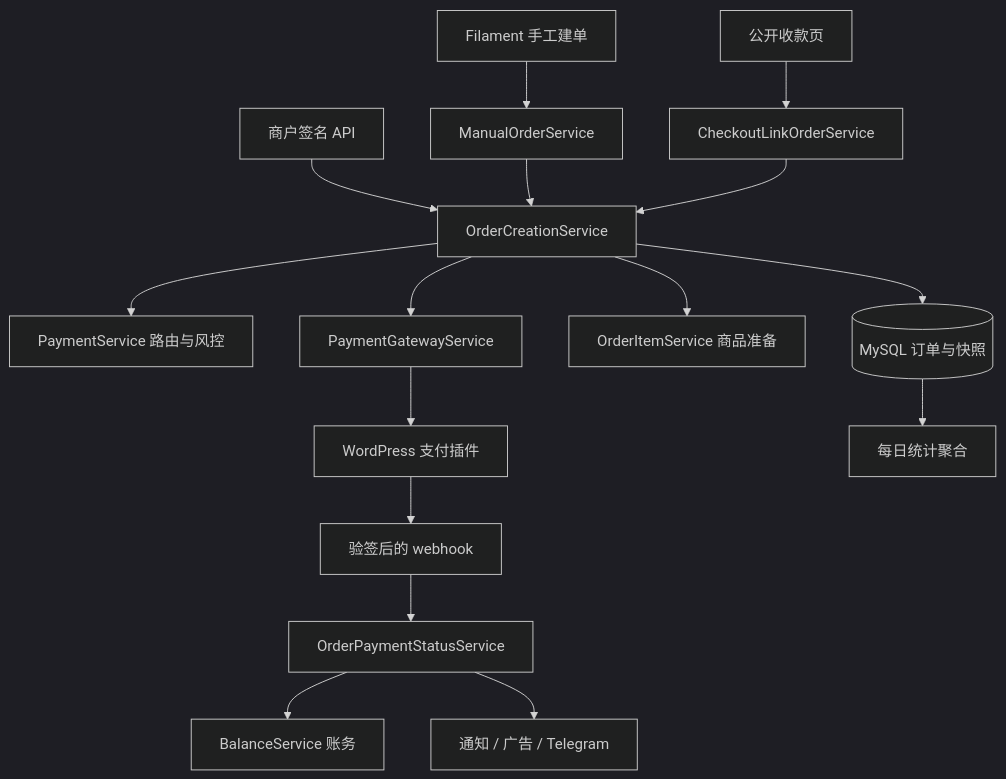
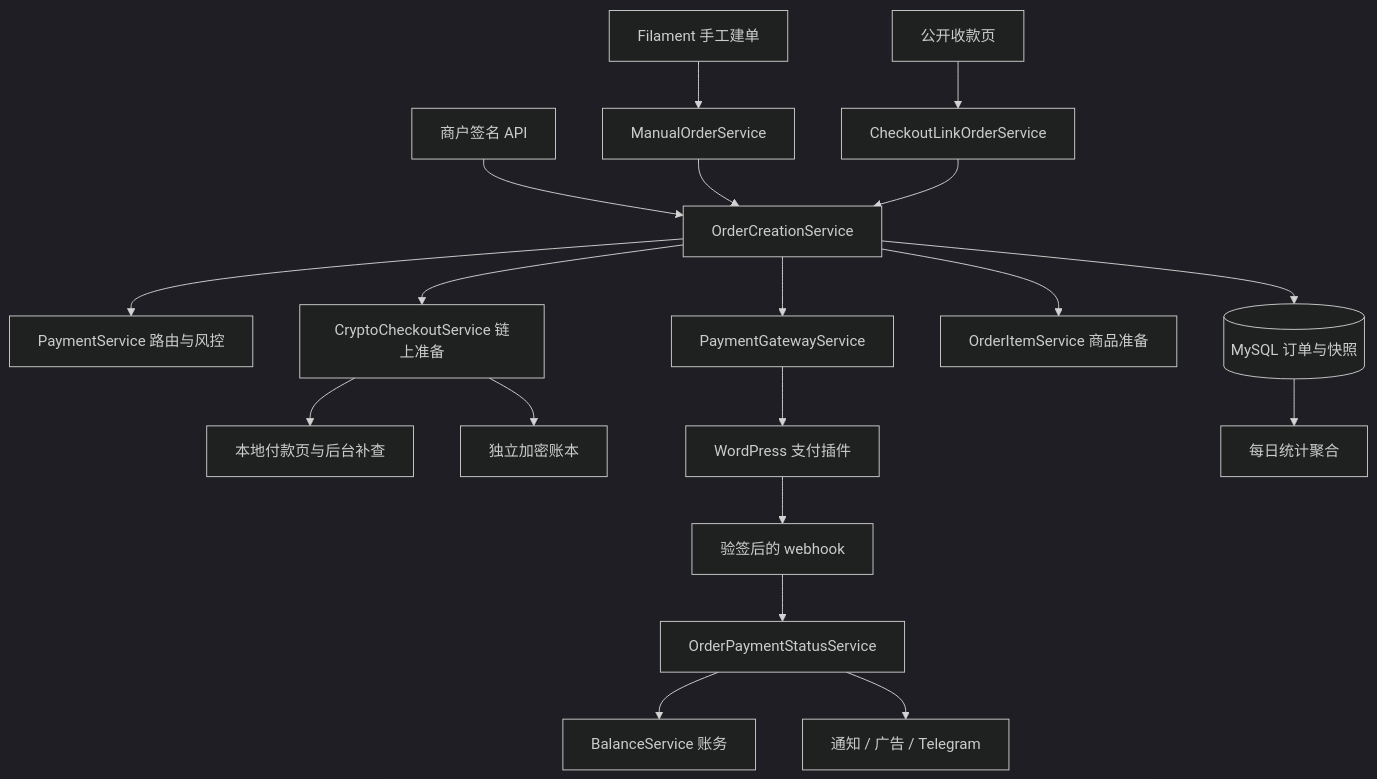
One commit to tkloespikgit/sscpay-server changed the diagram in docs/architecture.md. Above: the diagram before and after it, drawn with Mermaid (dark theme). The commit also changed other lines of this file and 166 other files, not shown here.

````diff
--- a/docs/architecture.md
+++ b/docs/architecture.md
@@ -18,18 +26,21 @@
 ```mermaid
 flowchart TD
     API[商户签名 API] --> OC[OrderCreationService]
     Admin[Filament 手工建单] --> Manual[ManualOrderService]
     Manual --> OC
     Page[公开收款页] --> Checkout[CheckoutLinkOrderService]
     Checkout --> OC
     OC --> Route[PaymentService 路由与风控]
     OC --> DB[(MySQL 订单与快照)]
+    OC --> Crypto[CryptoCheckoutService 链上准备]
+    Crypto --> LocalPage[本地付款页与后台补查]
+    Crypto --> CryptoLedger[独立加密账本]
     OC --> Items[OrderItemService 商品准备]
     OC --> Gateway[PaymentGatewayService]
     Gateway --> WP[WordPress 支付插件]
     WP --> Hook[验签后的 webhook]
     Hook --> Status[OrderPaymentStatusService]
     Status --> Balance[BalanceService 账务]
     Status --> Async[通知 / 广告 / Telegram]
     DB --> Stats[每日统计聚合]
 ```
````
